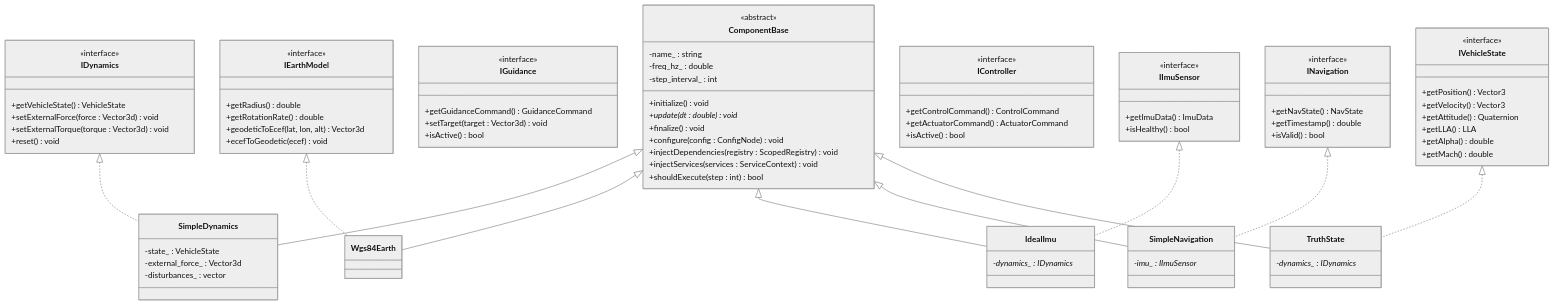
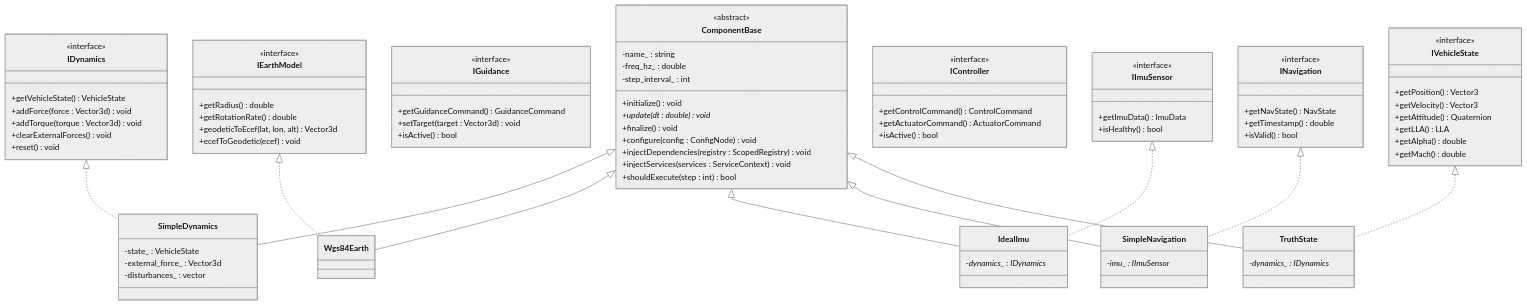
One commit to aofenghanyue/GNCZMKN changed the first of 4 diagrams in doc/architecture.md. Above: the diagram before and after it, drawn with Mermaid (neutral theme). The commit also changed other lines of this file and 8 other files, not shown here.

```diff
--- a/doc/architecture.md
+++ b/doc/architecture.md
@@ -198,8 +198,9 @@
     class IDynamics {
         <<interface>>
         +getVehicleState() VehicleState
-        +setExternalForce(force : Vector3d) void
-        +setExternalTorque(torque : Vector3d) void
+        +addForce(force : Vector3d) void
+        +addTorque(torque : Vector3d) void
+        +clearExternalForces() void
         +reset() void
     }
 
```
